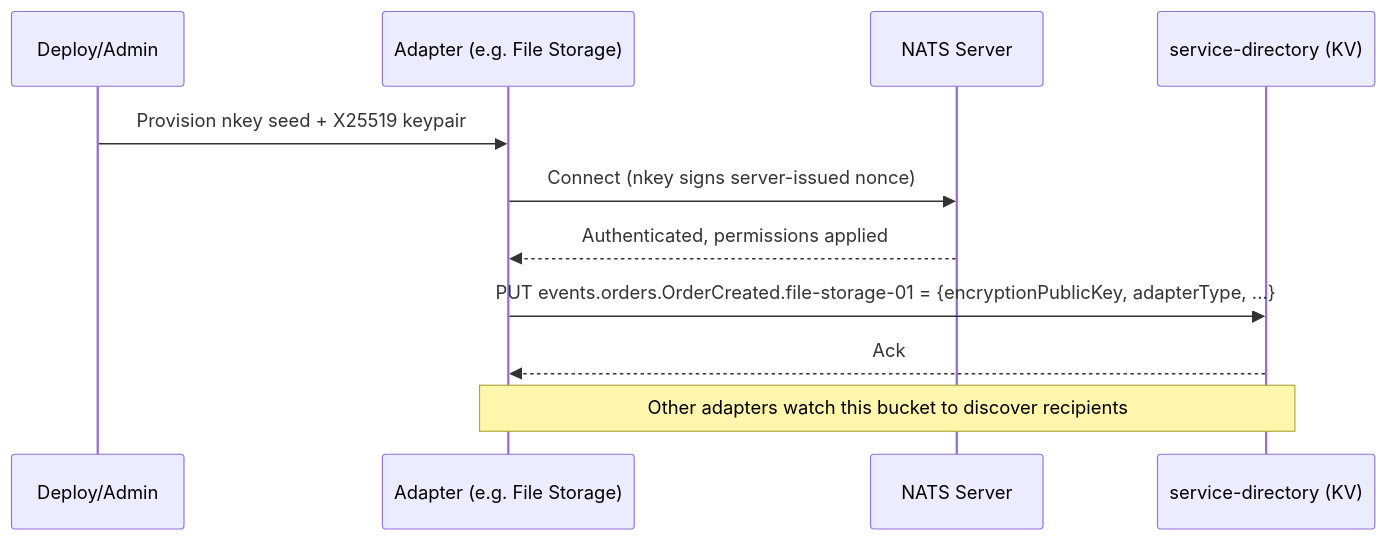
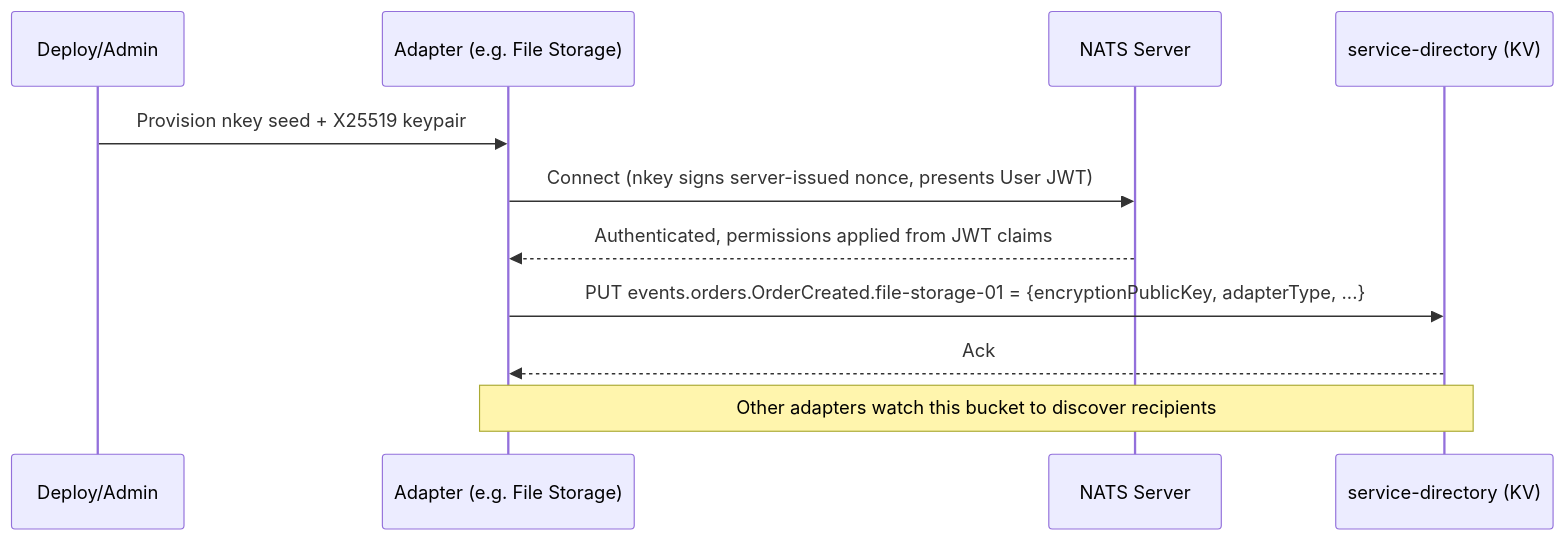
The third of 3 diagrams in Design.md (herringblake/JetCoreServiceBus), drawn with Mermaid before and after one commit. The commit also changed other lines of this file and 1 other file, not shown here.

````diff
--- a/Design.md
+++ b/Design.md
@@ -156,14 +172,14 @@
 ```mermaid
 sequenceDiagram
   participant Adm as Deploy/Admin
   participant Ad as Adapter (e.g. File Storage)
   participant NS as NATS Server
   participant KV as service-directory (KV)
 
   Adm->>Ad: Provision nkey seed + X25519 keypair
-  Ad->>NS: Connect (nkey signs server-issued nonce)
-  NS-->>Ad: Authenticated, permissions applied
+  Ad->>NS: Connect (nkey signs server-issued nonce, presents User JWT)
+  NS-->>Ad: Authenticated, permissions applied from JWT claims
   Ad->>KV: PUT events.orders.OrderCreated.file-storage-01 = {encryptionPublicKey, adapterType, ...}
   KV-->>Ad: Ack
   Note over Ad,KV: Other adapters watch this bucket to discover recipients
 ```
````
